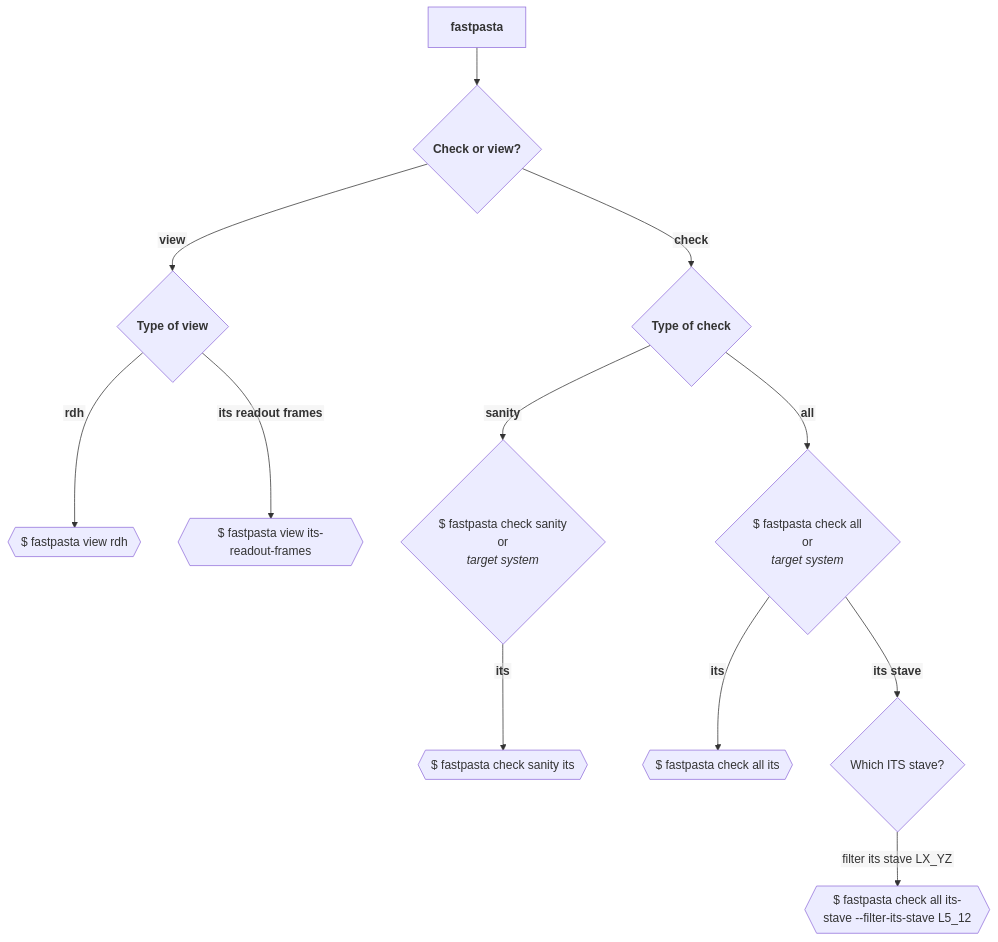
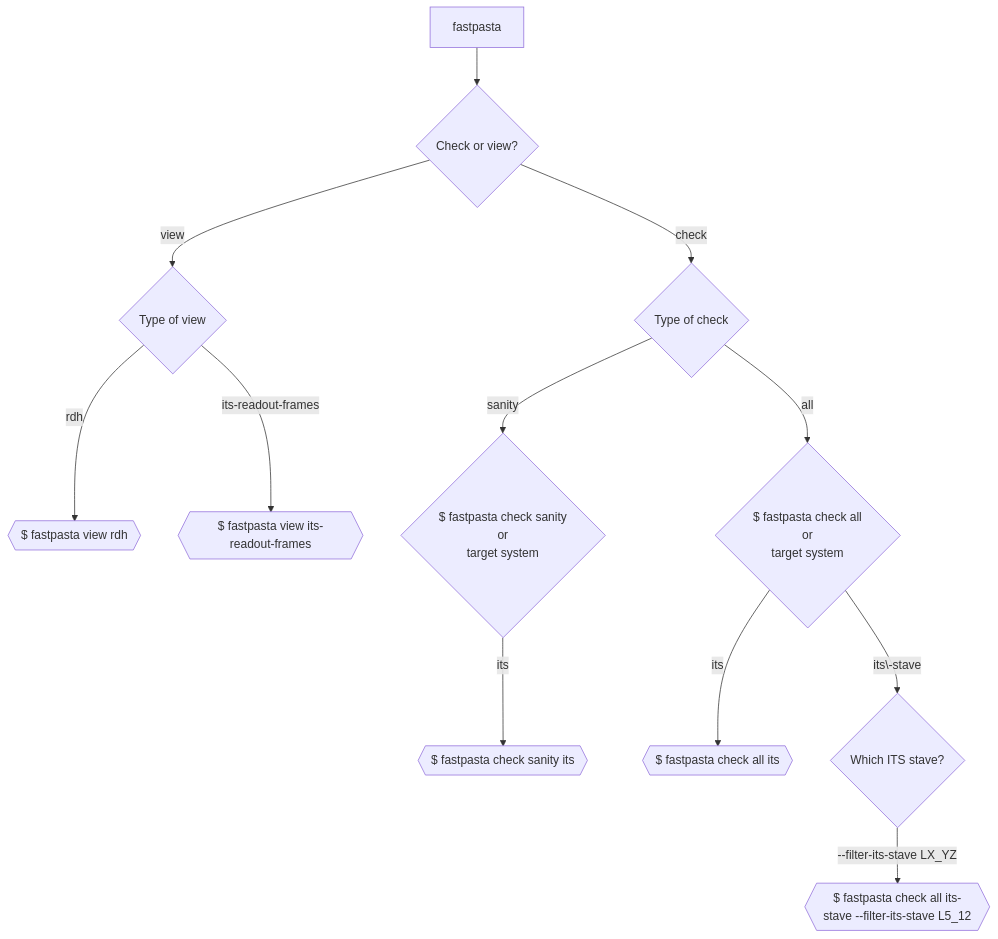
One commit to CramBL/fastPASTA changed the diagram in README.md. Above: the diagram before and after it, drawn with Mermaid. The commit also changed other lines of this file, not shown here.

Commit message:
Remove gitlab incompatible styling

````diff
--- a/README.md
+++ b/README.md
@@ -124,23 +124,22 @@
 ```mermaid
-%%{init: {"flowchart": {"htmlLabels": false}} }%%
 flowchart TD;
-  start["`**fastpasta**`"] --> top_sub_cmd{"`**Check or view?**`"};
+  start["fastpasta"] --> top_sub_cmd{"Check or view?"};
 
-  top_sub_cmd -- "`**view**`" --> view_type{"`**Type of view**`"};
-  view_type -- "`**rdh**`" --> view_rdh{{$ fastpasta view rdh}};
-  view_type -- "`**its\-readout\-frames**`" --> view_ro_frames{{$ fastpasta view its-readout-frames}};
+  top_sub_cmd -- "view" --> view_type{"Type of view"};
+  view_type -- "rdh" --> view_rdh{{$ fastpasta view rdh}};
+  view_type -- "its-readout-frames" --> view_ro_frames{{$ fastpasta view its-readout-frames}};
 
-  top_sub_cmd -- "`**check**`" --> check_type{"`**Type of check**`"};
+  top_sub_cmd -- "check" --> check_type{"Type of check"};
 
-  check_type -- "`**sanity**`" --> check_sanity{"`$ fastpasta check sanity
+  check_type -- "sanity" --> check_sanity{"$ fastpasta check sanity
   or
-  *target system*`"};
-  check_sanity -- "`**its**`" --> check_sanity_its{{$ fastpasta check sanity its}};
+  target system"};
+  check_sanity -- "its" --> check_sanity_its{{$ fastpasta check sanity its}};
 
-  check_type -- "`**all**`" --> check_all{"`$ fastpasta check all
+  check_type -- "all" --> check_all{"$ fastpasta check all
   or
-  *target system*`"};
-  check_all -- "`**its**`" --> check_all_its{{$ fastpasta check all its}};
-  check_all -- "`**its\-stave**`" --> check_all_its_stave{Which ITS stave?};
-  check_all_its_stave -- "`\-\-filter\-its\-stave LX_YZ`" --> check_all_its_stave_filter{{$ fastpasta check all its-stave --filter-its-stave L5_12}};
+  target system"};
+  check_all -- "its" --> check_all_its{{$ fastpasta check all its}};
+  check_all -- "its\-stave" --> check_all_its_stave{Which ITS stave?};
+  check_all_its_stave -- "--filter-its-stave LX_YZ" --> check_all_its_stave_filter{{$ fastpasta check all its-stave --filter-its-stave L5_12}};
 ```
````
